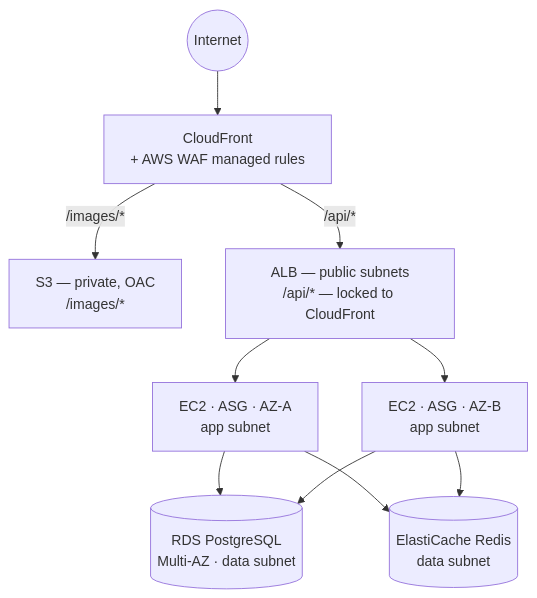
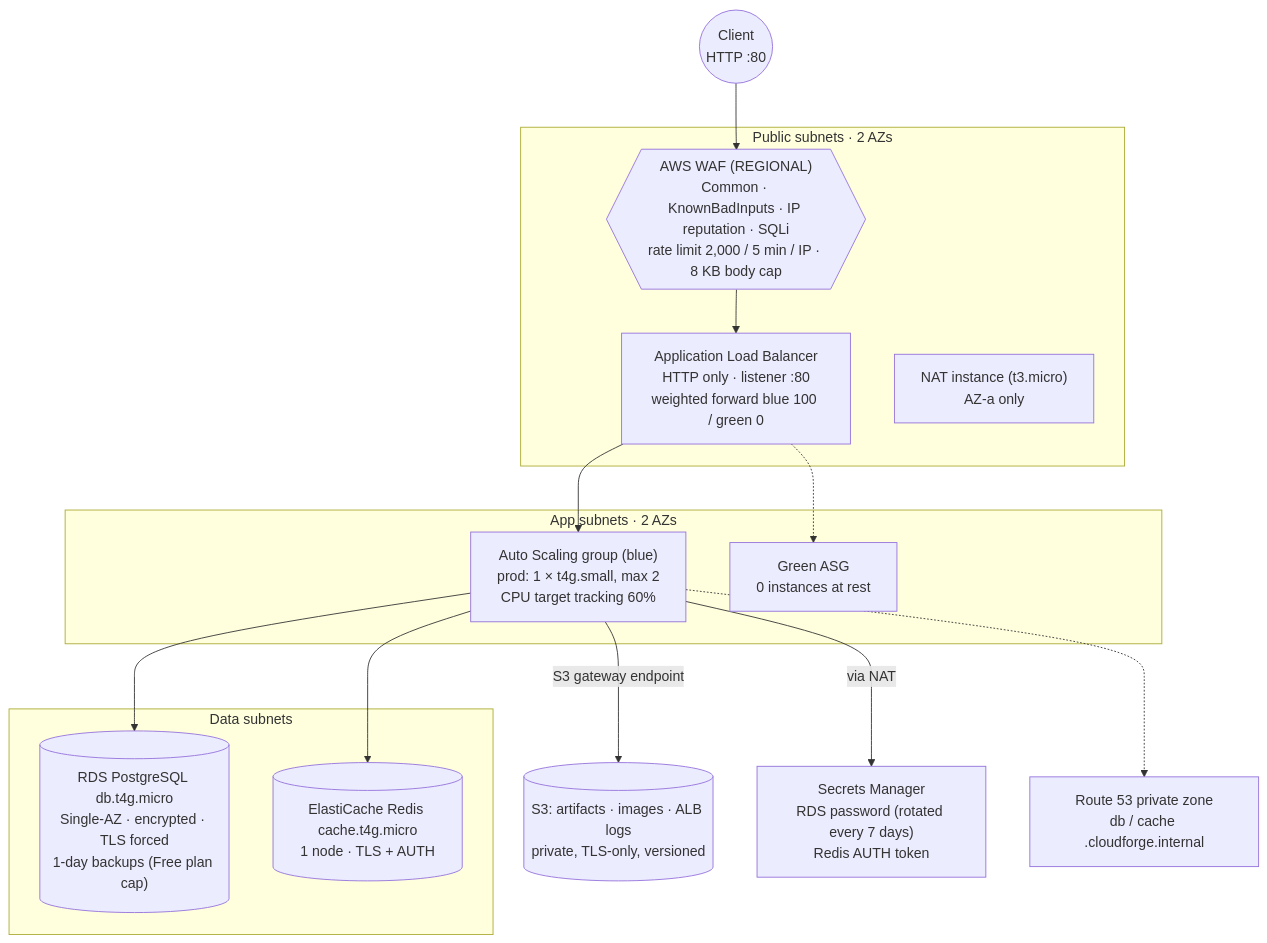
One commit to Mouad852/cloudforge changed the diagram in docs/diagrams/architecture-high-level.md. Above: the diagram before and after it, drawn with Mermaid. The commit also changed other lines of this file and 11 other files, not shown here.

Commit message:
docs: as-built canonical diagram and index pages that match the repository

````diff
--- a/docs/diagrams/architecture-high-level.md
+++ b/docs/diagrams/architecture-high-level.md
@@ -5,21 +8,32 @@
 ```mermaid
 flowchart TB
-    Internet((Internet))
-    CF["CloudFront<br/>+ AWS WAF managed rules"]
-    S3["S3 — private, OAC<br/>/images/*"]
-    ALB["ALB — public subnets<br/>/api/* — locked to CloudFront"]
-    EC2A["EC2 · ASG · AZ-A<br/>app subnet"]
-    EC2B["EC2 · ASG · AZ-B<br/>app subnet"]
-    RDS[("RDS PostgreSQL<br/>Multi-AZ · data subnet")]
-    Redis[("ElastiCache Redis<br/>data subnet")]
+    Client(("Client<br/>HTTP :80"))
 
-    Internet --> CF
-    CF -->|"/images/*"| S3
-    CF -->|"/api/*"| ALB
-    ALB --> EC2A
-    ALB --> EC2B
-    EC2A --> RDS
-    EC2B --> RDS
-    EC2A --> Redis
-    EC2B --> Redis
+    subgraph Edge["Public subnets · 2 AZs"]
+        WAF{{"AWS WAF (REGIONAL)<br/>Common · KnownBadInputs · IP reputation · SQLi<br/>rate limit 2,000 / 5 min / IP · 8 KB body cap"}}
+        ALB["Application Load Balancer<br/>HTTP only · listener :80<br/>weighted forward blue 100 / green 0"]
+        NAT["NAT instance (t3.micro)<br/>AZ-a only"]
+    end
+
+    subgraph App["App subnets · 2 AZs"]
+        ASG["Auto Scaling group (blue)<br/>prod: 1 × t4g.small, max 2<br/>CPU target tracking 60%"]
+        Green["Green ASG<br/>0 instances at rest"]
+    end
+
+    subgraph Data["Data subnets"]
+        RDS[("RDS PostgreSQL db.t4g.micro<br/>Single-AZ · encrypted · TLS forced<br/>1-day backups (Free plan cap)")]
+        Redis[("ElastiCache Redis cache.t4g.micro<br/>1 node · TLS + AUTH")]
+    end
+
+    S3[("S3: artifacts · images · ALB logs<br/>private, TLS-only, versioned")]
+    SM["Secrets Manager<br/>RDS password (rotated every 7 days)<br/>Redis AUTH token"]
+    DNS["Route 53 private zone<br/>db / cache .cloudforge.internal"]
+
+    Client --> WAF --> ALB --> ASG
+    ALB -.-> Green
+    ASG --> RDS
+    ASG --> Redis
+    ASG -->|S3 gateway endpoint| S3
+    ASG -->|via NAT| SM
+    ASG -.-> DNS
 ```
````
